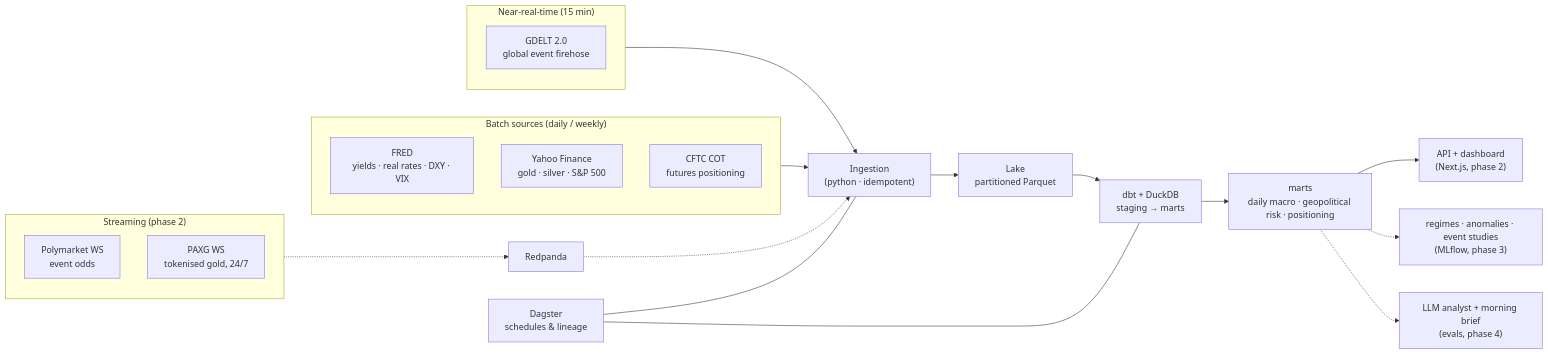
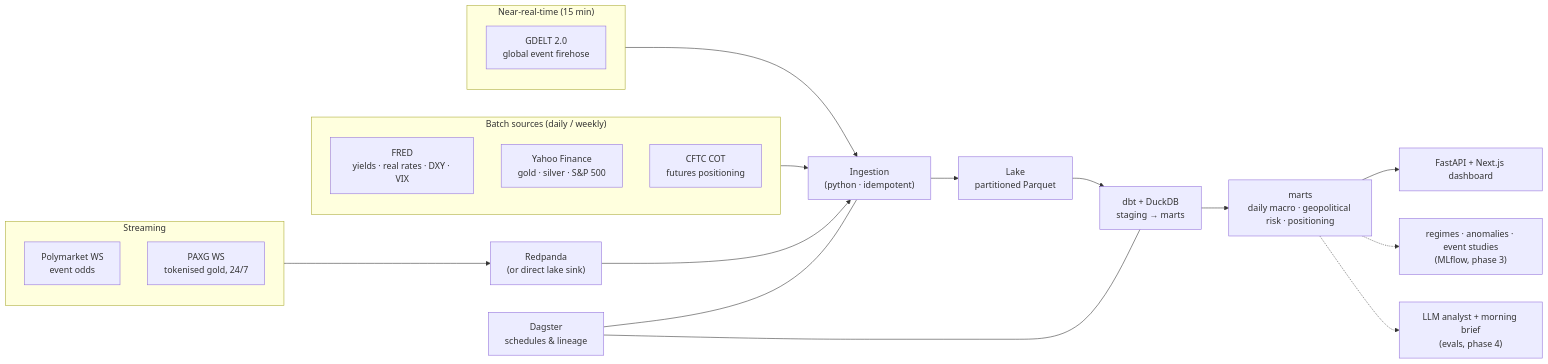
One commit to AdriAnchuela/aureum changed the diagram in README.md. Above: the diagram before and after it, drawn with Mermaid. The commit also changed other lines of this file and 39 other files, not shown here.

First line of the commit message:
AUREUM phase 2: streaming + dashboard

````diff
--- a/README.md
+++ b/README.md
@@ -27,28 +27,28 @@
 ```mermaid
 flowchart LR
     subgraph batch["Batch sources (daily / weekly)"]
         FRED["FRED<br/>yields · real rates · DXY · VIX"]
         YAHOO["Yahoo Finance<br/>gold · silver · S&P 500"]
         CFTC["CFTC COT<br/>futures positioning"]
     end
     subgraph nearrt["Near-real-time (15 min)"]
         GDELT["GDELT 2.0<br/>global event firehose"]
     end
-    subgraph stream["Streaming (phase 2)"]
+    subgraph stream["Streaming"]
         POLY["Polymarket WS<br/>event odds"]
         PAXG["PAXG WS<br/>tokenised gold, 24/7"]
     end
 
     batch --> ING["Ingestion<br/>(python · idempotent)"]
     nearrt --> ING
-    stream -.-> KAFKA["Redpanda"] -.-> ING
+    stream --> KAFKA["Redpanda<br/>(or direct lake sink)"] --> ING
     ING --> LAKE["Lake<br/>partitioned Parquet"]
     LAKE --> DBT["dbt + DuckDB<br/>staging → marts"]
     DBT --> MARTS["marts<br/>daily macro · geopolitical risk · positioning"]
-    MARTS --> API["API + dashboard<br/>(Next.js, phase 2)"]
+    MARTS --> API["FastAPI + Next.js dashboard"]
     MARTS -.-> ML["regimes · anomalies · event studies<br/>(MLflow, phase 3)"]
     MARTS -.-> AGENT["LLM analyst + morning brief<br/>(evals, phase 4)"]
 
     DAG["Dagster<br/>schedules & lineage"] --- ING
     DAG --- DBT
 ```
````
